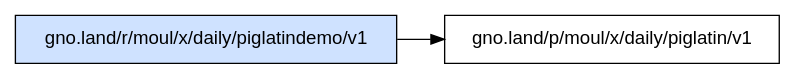
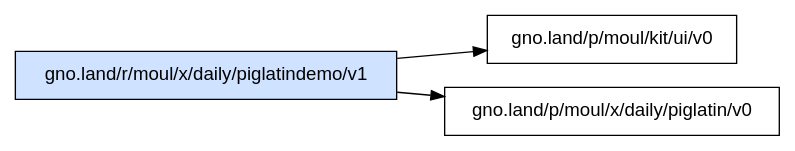
The diagram in _assets/gno.land/r/moul/x/daily/piglatindemo/v1/deps.dot (moul/gno-contracts), drawn with Graphviz before and after one commit. The commit also changed 44 other files, not shown here.

Commit message:
chore: regenerate catalog, graphs and on-chain status [skip ci]

```diff
--- a/_assets/gno.land/r/moul/x/daily/piglatindemo/v1/deps.dot
+++ b/_assets/gno.land/r/moul/x/daily/piglatindemo/v1/deps.dot
@@ -1,6 +1,7 @@
 digraph deps {
   rankdir=LR;
   node [shape=box, fontname="sans-serif"];
   "gno.land/r/moul/x/daily/piglatindemo/v1" [style=filled, fillcolor="#cfe2ff"];
-  "gno.land/r/moul/x/daily/piglatindemo/v1" -> "gno.land/p/moul/x/daily/piglatin/v1";
+  "gno.land/r/moul/x/daily/piglatindemo/v1" -> "gno.land/p/moul/kit/ui/v0";
+  "gno.land/r/moul/x/daily/piglatindemo/v1" -> "gno.land/p/moul/x/daily/piglatin/v0";
 }
```
